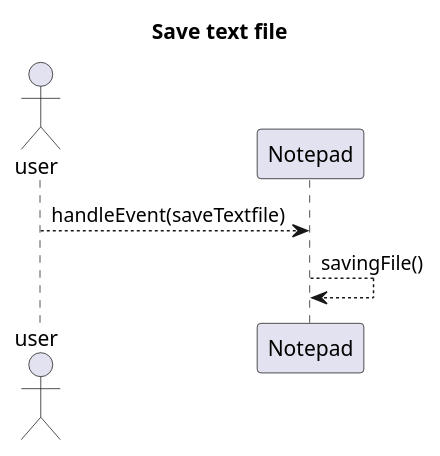
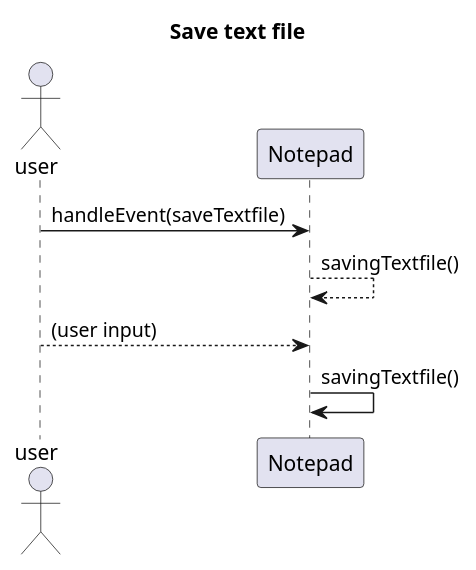
The diagram in laboration1/sekvense-save-diagram.pu (Oliverpe/ISGC08), drawn with PlantUML before and after one commit. The commit also changed 1 other file, not shown here.

```diff
--- a/laboration1/sekvense-save-diagram.pu
+++ b/laboration1/sekvense-save-diagram.pu
@@ -1,13 +1,15 @@
 @startuml
 
 title Save text file 
 
 actor "user" as u
 participant "Notepad" as n
 
 
-u--> n : handleEvent(saveTextfile)
-n --> n: savingFile()
+u-> n : handleEvent(saveTextfile)
+n --> n: savingTextfile()
+u --> n: (user input)
+n -> n : savingTextfile()
 
 
 @enduml
```
